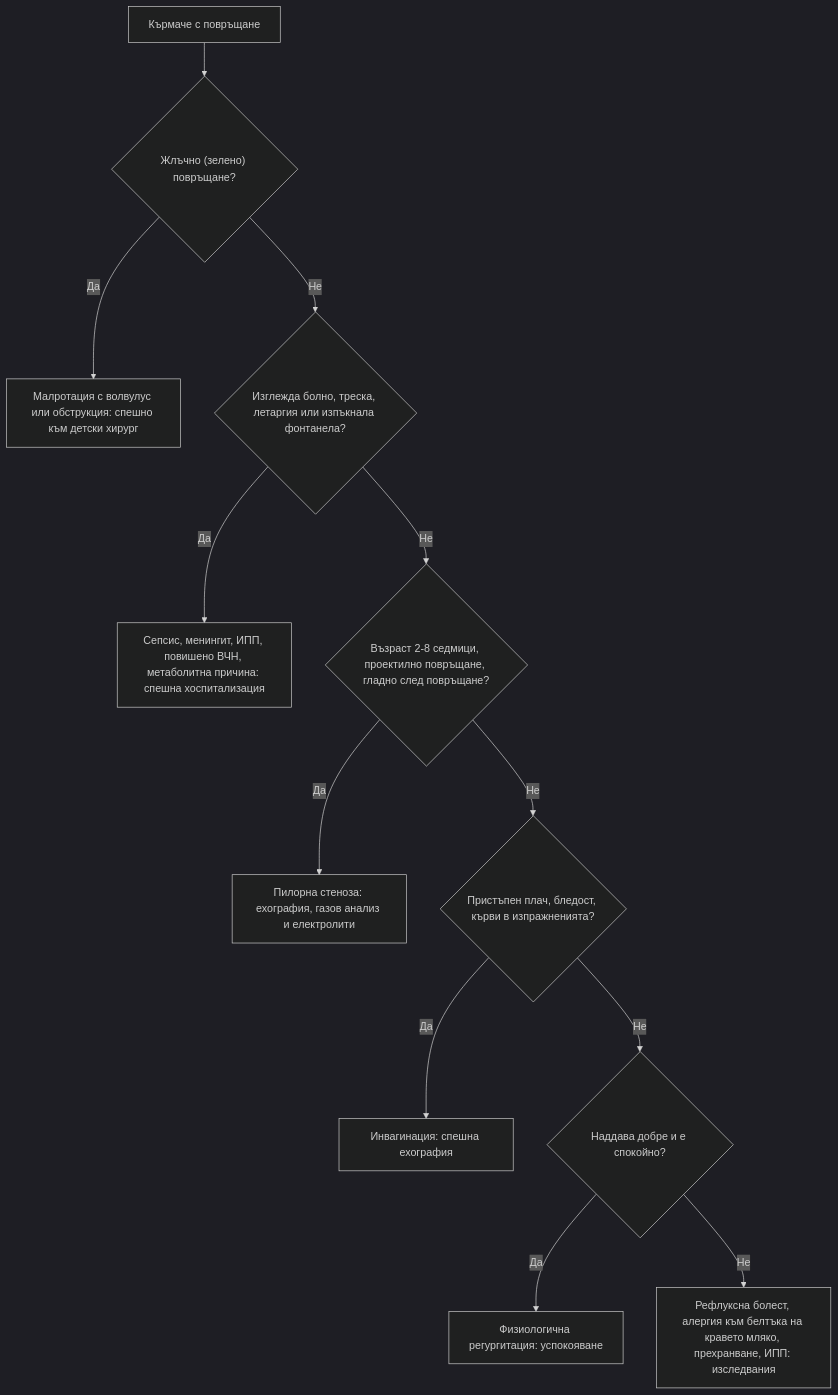
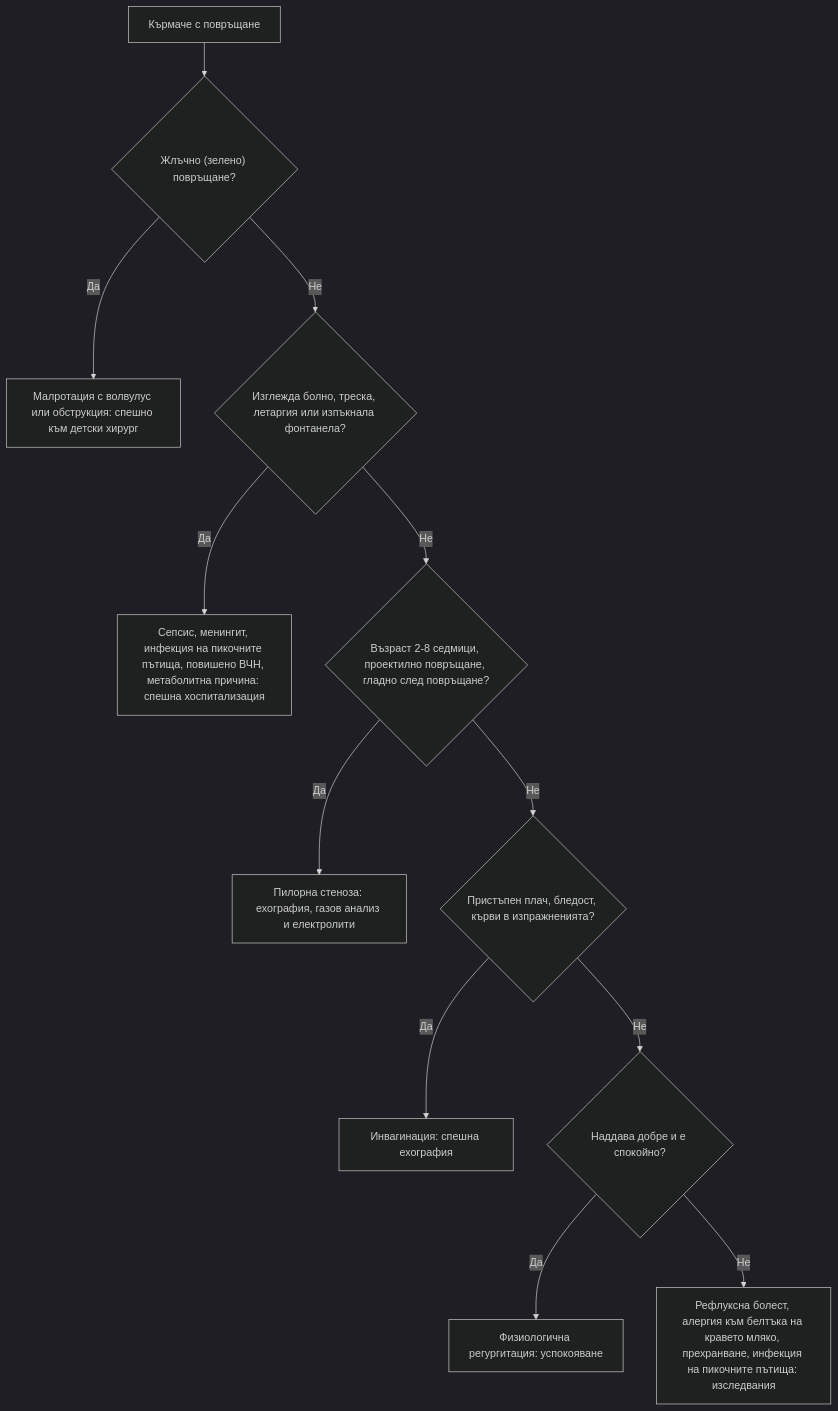
Before and after one commit to yancho26/yancho: the diagram in glavi/70-korem-detsa.md, drawn with Mermaid (dark theme). The commit also changed 46 other files, not shown here.

````diff
--- a/glavi/70-korem-detsa.md
+++ b/glavi/70-korem-detsa.md
@@ -216,14 +216,14 @@
 ```mermaid
 flowchart TD
     A["Кърмаче с повръщане"] --> B{"Жлъчно (зелено) повръщане?"}
     B -->|Да| C["Малротация с волвулус или обструкция: спешно към детски хирург"]
     B -->|Не| D{"Изглежда болно, треска, летаргия или изпъкнала фонтанела?"}
-    D -->|Да| E["Сепсис, менингит, ИПП, повишено ВЧН, метаболитна причина: спешна хоспитализация"]
+    D -->|Да| E["Сепсис, менингит, инфекция на пикочните пътища, повишено ВЧН, метаболитна причина: спешна хоспитализация"]
     D -->|Не| F{"Възраст 2-8 седмици, проектилно повръщане, гладно след повръщане?"}
     F -->|Да| G["Пилорна стеноза: ехография, газов анализ и електролити"]
     F -->|Не| H{"Пристъпен плач, бледост, кърви в изпражненията?"}
     H -->|Да| I["Инвагинация: спешна ехография"]
     H -->|Не| J{"Наддава добре и е спокойно?"}
     J -->|Да| K["Физиологична регургитация: успокояване"]
-    J -->|Не| L["Рефлуксна болест, алергия към белтъка на кравето мляко, прехранване, ИПП: изследвания"]
+    J -->|Не| L["Рефлуксна болест, алергия към белтъка на кравето мляко, прехранване, инфекция на пикочните пътища: изследвания"]
 ```
````
